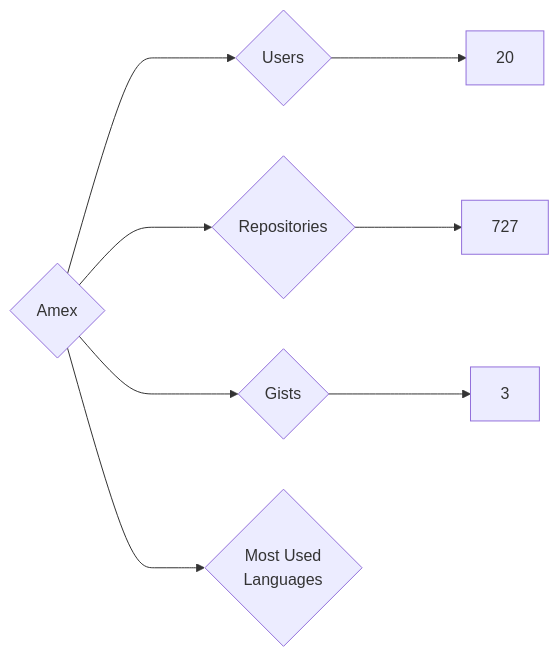
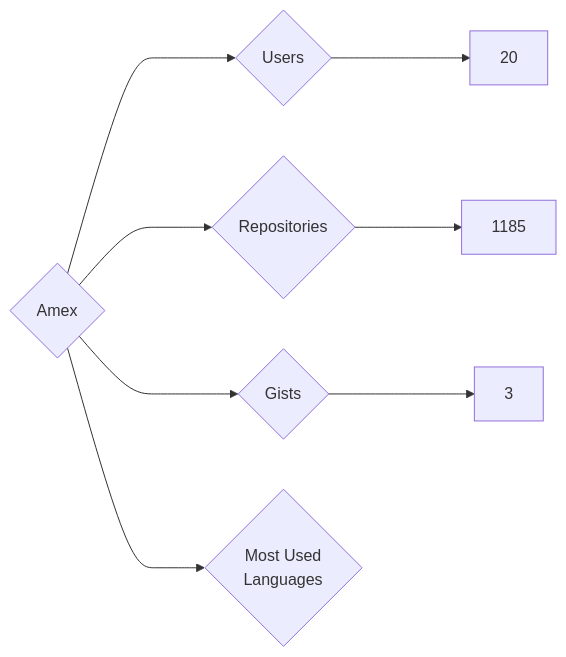
Before and after one commit to nenadzaric/insiders: the diagram in targets/Amex/README.md, drawn with Mermaid. The commit also changed 2877 other files, not shown here.

````diff
--- a/targets/Amex/README.md
+++ b/targets/Amex/README.md
@@ -3,8 +3,8 @@
 ```mermaid
 graph LR
 COMPANY_NAME{Amex}
 COMPANY_NAME ---> U{Users} ---> UN[20]
-COMPANY_NAME ---> R{Repositories} ---> RN[727]
+COMPANY_NAME ---> R{Repositories} ---> RN[1185]
 COMPANY_NAME ---> G{Gists} ---> GN[3]
 COMPANY_NAME ---> ML{Most Used<br>Languages}
 ```
````
